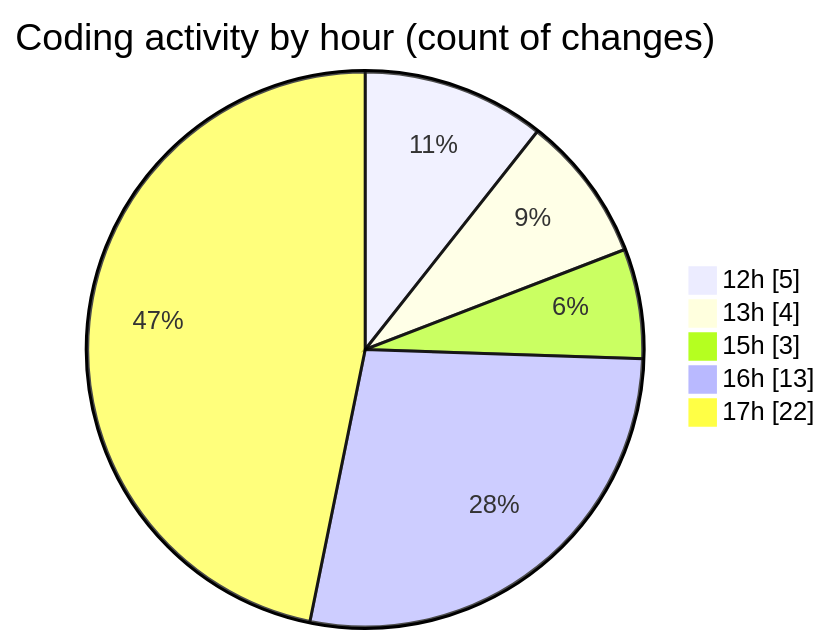
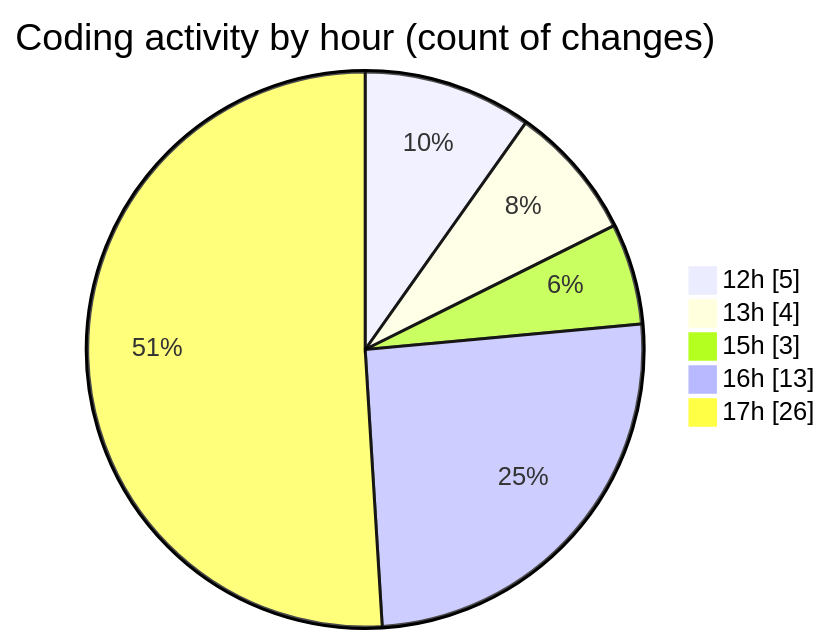
The second of 2 diagrams in 2025-05-09/argos-dev/README.md (nxtqubesakshisongat/code-tracking), drawn with Mermaid before and after one commit. The commit also changed other lines of this file and 1 other file, not shown here.

````diff
--- a/2025-05-09/argos-dev/README.md
+++ b/2025-05-09/argos-dev/README.md
@@ -33,9 +33,9 @@
 ```mermaid
 pie showData
 title Coding activity by hour (count of changes)
 "12h" : 5
 "13h" : 4
 "15h" : 3
 "16h" : 13
-"17h" : 22
+"17h" : 26
 ```
````
